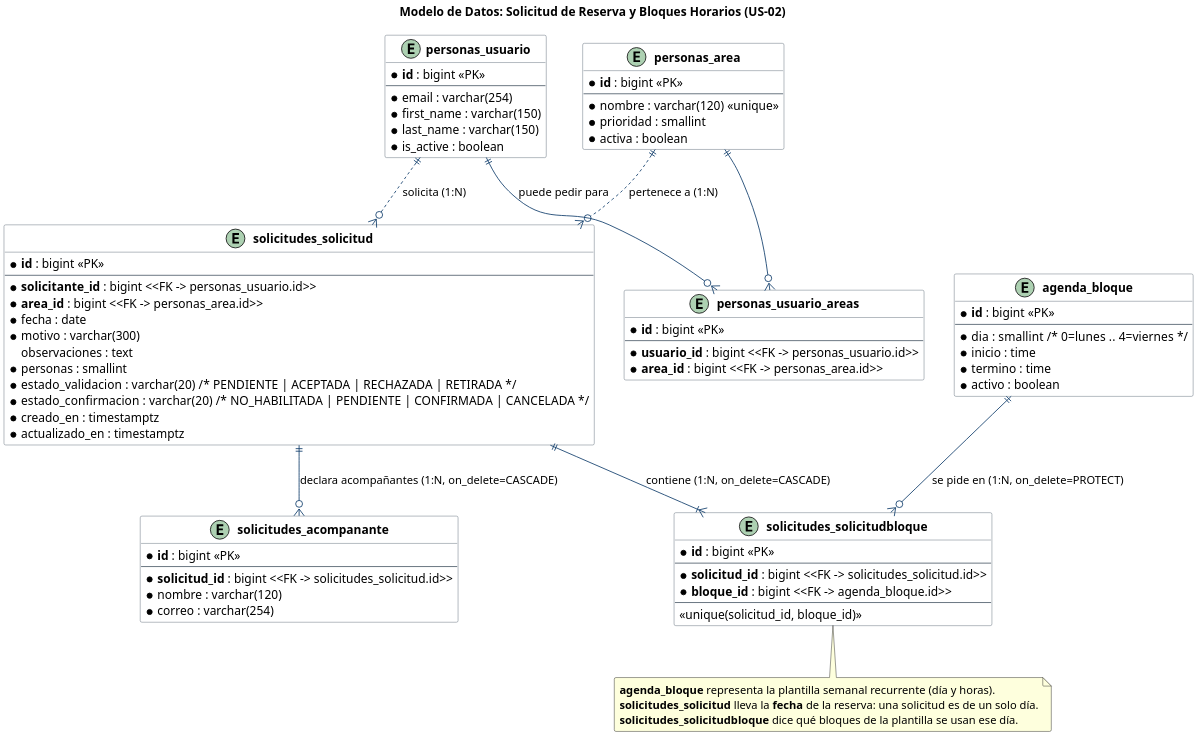
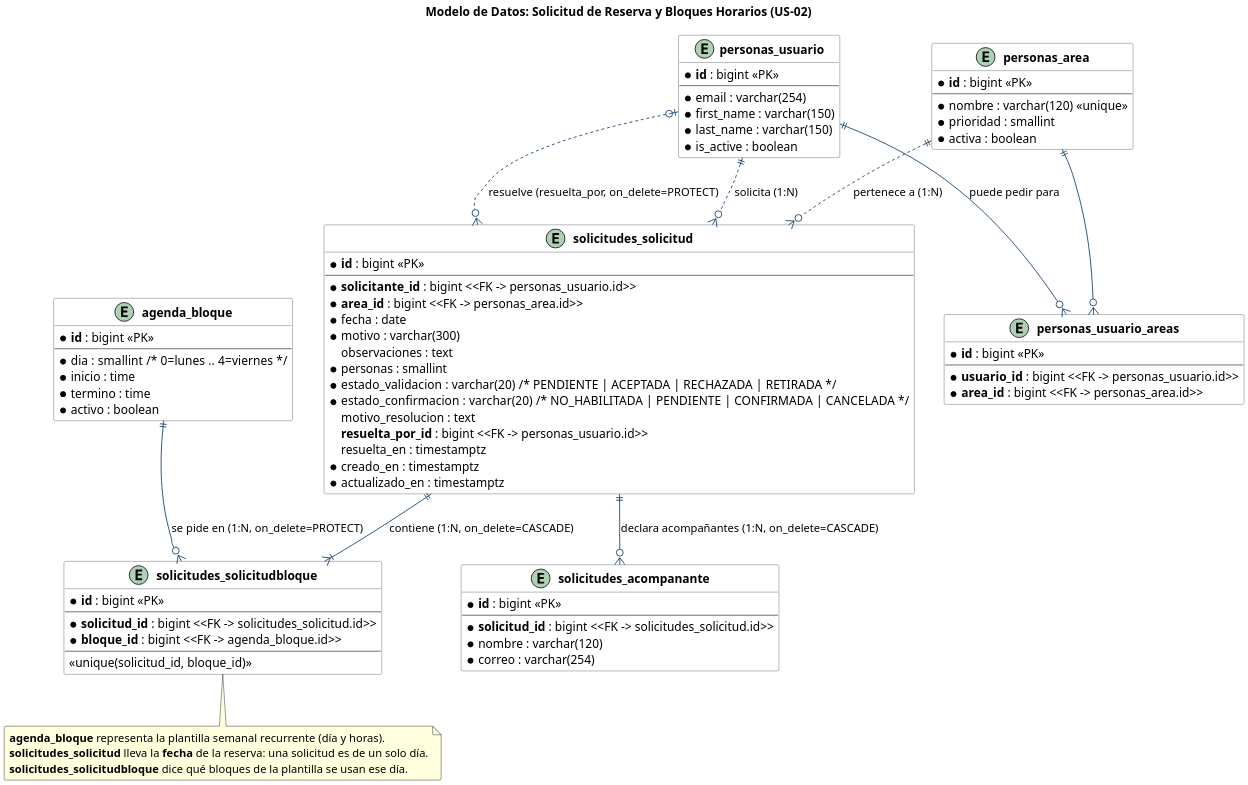
One commit to darkanthem21/oev-sala-grabacion changed the diagram in docs/diagramas/us-02/modelo-datos.puml. Above: the diagram before and after it, drawn with PlantUML. The commit also changed 6 other files, not shown here.

First line of the commit message:
docs(solicitudes): poner al día los diagramas de US-07 y el modelo de US-02

```diff
--- a/docs/diagramas/us-02/modelo-datos.puml
+++ b/docs/diagramas/us-02/modelo-datos.puml
@@ -1,93 +1,97 @@
 @startuml modelo-datos
 skinparam dpi 200
 skinparam shadowing false
 skinparam roundcorner 4
 skinparam class {
     BackgroundColor #FFFFFF
     ArrowColor #123F6D
     BorderColor #52606D
 }
 
 title Modelo de Datos: Solicitud de Reserva y Bloques Horarios (US-02)
 
 entity "<b>personas_usuario</b>" as Usuario {
     * <b>id</b> : bigint <<PK>>
     --
     * email : varchar(254)
     * first_name : varchar(150)
     * last_name : varchar(150)
     * is_active : boolean
 }
 
 entity "<b>personas_area</b>" as Area {
     * <b>id</b> : bigint <<PK>>
     --
     * nombre : varchar(120) <<unique>>
     * prioridad : smallint
     * activa : boolean
 }
 
 entity "<b>personas_usuario_areas</b>" as UsuarioArea {
     * <b>id</b> : bigint <<PK>>
     --
     * <b>usuario_id</b> : bigint <<FK -> personas_usuario.id>>
     * <b>area_id</b> : bigint <<FK -> personas_area.id>>
 }
 
 entity "<b>solicitudes_solicitud</b>" as Solicitud {
     * <b>id</b> : bigint <<PK>>
     --
     * <b>solicitante_id</b> : bigint <<FK -> personas_usuario.id>>
     * <b>area_id</b> : bigint <<FK -> personas_area.id>>
     * fecha : date
     * motivo : varchar(300)
     observaciones : text
     * personas : smallint
     * estado_validacion : varchar(20)  /* PENDIENTE | ACEPTADA | RECHAZADA | RETIRADA */
     * estado_confirmacion : varchar(20)  /* NO_HABILITADA | PENDIENTE | CONFIRMADA | CANCELADA */
+    motivo_resolucion : text
+    <b>resuelta_por_id</b> : bigint <<FK -> personas_usuario.id>>
+    resuelta_en : timestamptz
     * creado_en : timestamptz
     * actualizado_en : timestamptz
 }
 
 entity "<b>agenda_bloque</b>" as Bloque {
     * <b>id</b> : bigint <<PK>>
     --
     * dia : smallint  /* 0=lunes .. 4=viernes */
     * inicio : time
     * termino : time
     * activo : boolean
 }
 
 entity "<b>solicitudes_solicitudbloque</b>" as SolicitudBloque {
     * <b>id</b> : bigint <<PK>>
     --
     * <b>solicitud_id</b> : bigint <<FK -> solicitudes_solicitud.id>>
     * <b>bloque_id</b> : bigint <<FK -> agenda_bloque.id>>
     --
     <<unique(solicitud_id, bloque_id)>>
 }
 
 entity "<b>solicitudes_acompanante</b>" as Acompanante {
     * <b>id</b> : bigint <<PK>>
     --
     * <b>solicitud_id</b> : bigint <<FK -> solicitudes_solicitud.id>>
     * nombre : varchar(120)
     * correo : varchar(254)
 }
 
 ' Relaciones y claves foráneas referenciales
 Usuario ||--o{ UsuarioArea : "puede pedir para"
 Area ||--o{ UsuarioArea
 Usuario ||..o{ Solicitud : "solicita (1:N)"
+Usuario |o..o{ Solicitud : "resuelve (resuelta_por, on_delete=PROTECT)"
 Area ||..o{ Solicitud : "pertenece a (1:N)"
 Solicitud ||--|{ SolicitudBloque : "contiene (1:N, on_delete=CASCADE)"
 Bloque ||--o{ SolicitudBloque : "se pide en (1:N, on_delete=PROTECT)"
 Solicitud ||--o{ Acompanante : "declara acompañantes (1:N, on_delete=CASCADE)"
 
 note bottom of SolicitudBloque
   <b>agenda_bloque</b> representa la plantilla semanal recurrente (día y horas).
   <b>solicitudes_solicitud</b> lleva la <b>fecha</b> de la reserva: una solicitud es de un solo día.
   <b>solicitudes_solicitudbloque</b> dice qué bloques de la plantilla se usan ese día.
 end note
 
 @enduml
```
